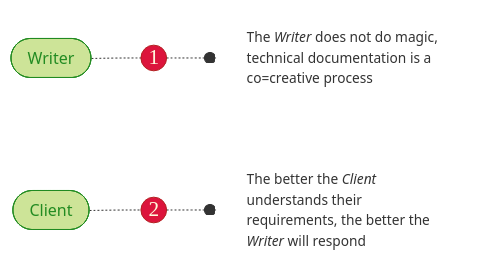
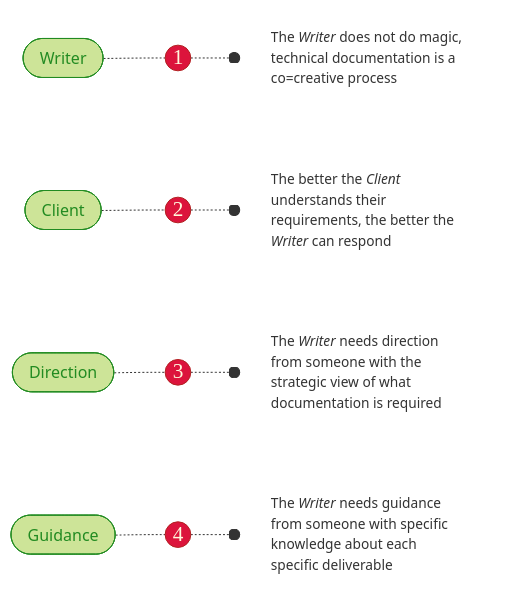
One commit to joe-dorward/samples changed the diagram in contract_v2.md. Above: the diagram before and after it, drawn with Mermaid.

````diff
--- a/contract_v2.md
+++ b/contract_v2.md
@@ -1,32 +1,45 @@
 ```mermaid
 flowchart LR
 
   %% define styles
   classDef User fill:#cde498, stroke:forestgreen, color:forestgreen;
   classDef Number fill:crimson, color:cornsilk, stroke:firebrick, font-family:verdana, font-size:16pt, padding:10px;
   classDef Button fill:green, color:white;
   classDef Note fill:transparent, stroke:white, text-align:left, font-size: 95%;
 
   classDef Backend fill:mediumseagreen, stroke:white, color:honeydew;
   classDef Entity fill:lightcyan, stroke:royalblue, color:royalblue;
   
   %% ---------- ---------- ---------- ---------- ---------- ---------- ---------- ---------- ---------- ----------
   1(("1")):::Number
   WRITER_01([&nbsp;Writer&nbsp;]):::User
   WRITER_01_NOTE["The <i>Writer</i> does not do magic, technical documentation is a co=creative process"]:::Note
 
   WRITER_01-.-
   1-.-o
   WRITER_01_NOTE
   %% ---------- ---------- ---------- ---------- ---------- ---------- ---------- ---------- ---------- ----------
   2(("2")):::Number
   CLIENT_01([&nbsp;Client&nbsp;]):::User
-  CLIENT_01_NOTE["The better the <i>Client</i> understands their requirements, the better the <i>Writer</i> will respond"]:::Note
+  CLIENT_01_NOTE["The better the <i>Client</i> understands their requirements, the better the <i>Writer</i> can respond"]:::Note
 
   CLIENT_01-.-
   2-.-o
   CLIENT_01_NOTE
+  %% ---------- ---------- ---------- ---------- ---------- ---------- ---------- ---------- ---------- ----------
+  3(("3")):::Number
+  DIRECTION_01([&nbsp;Direction&nbsp;]):::User
+  DIRECTION_01_NOTE["The <i>Writer</i> needs direction from someone with the strategic view of what documentation is required"]:::Note
 
+  DIRECTION_01-.-
+  3-.-o
+  DIRECTION_01_NOTE
+  %% ---------- ---------- ---------- ---------- ---------- ---------- ---------- ---------- ---------- ----------
+  4(("4")):::Number
+  GUIDANCE_01([&nbsp;Guidance&nbsp;]):::User
+  GUIDANCE_01_NOTE["The <i>Writer</i> needs guidance from someone with specific knowledge about each specific deliverable"]:::Note
 
-
+  GUIDANCE_01-.-
+  4-.-o
+  GUIDANCE_01_NOTE
 ```
````
